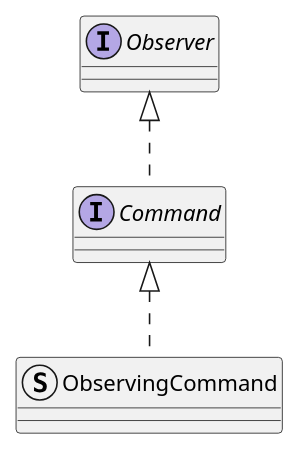
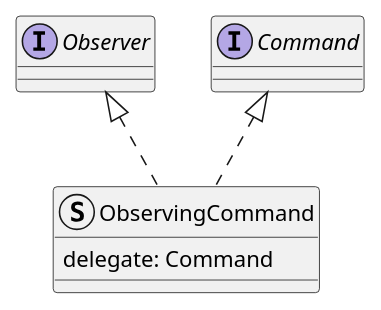
The diagram in src/observing_command/observing_command.plantuml (zwerdlds/roopes), drawn with PlantUML before and after one commit. The commit also changed 2 other files, not shown here.

Commit message:
diagrams fixup

```diff
--- a/src/observing_command/observing_command.plantuml
+++ b/src/observing_command/observing_command.plantuml
@@ -1,10 +1,12 @@
 @startuml "observing_command"
 
 interface "Observer" as obs
-struct "ObservingCommand" as cmdObs
+struct "ObservingCommand" as cmdObs{
+    {field} delegate: Command
+}
 interface "Command" as cmd
 
 cmdObs .u.|> cmd
-cmd .u.|> obs
+cmdObs .u.|> obs
 
 @enduml
```
